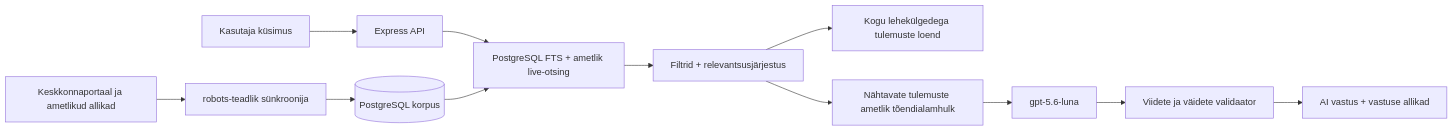
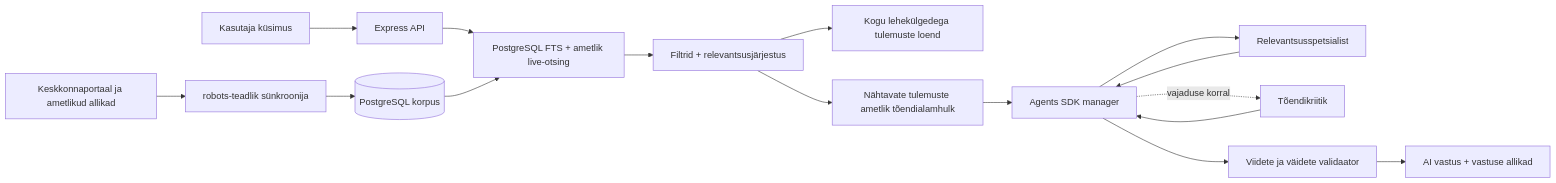
Before and after one commit to AARenor/keskkonnaportaali-praktika: the diagram in docs/ARHITEKTUUR.md, drawn with Mermaid. The commit also changed other lines of this file and 57 other files, not shown here.

````diff
--- a/docs/ARHITEKTUUR.md
+++ b/docs/ARHITEKTUUR.md
@@ -25,14 +25,18 @@
 ```mermaid
 flowchart LR
   P[Keskkonnaportaal ja ametlikud allikad] --> C[robots-teadlik sünkroonija]
   C --> D[(PostgreSQL korpus)]
   U[Kasutaja küsimus] --> A[Express API]
   A --> B[PostgreSQL FTS + ametlik live-otsing]
   D --> B
   B --> E[Filtrid + relevantsusjärjestus]
   E --> O[Kogu lehekülgedega tulemuste loend]
   E --> T[Nähtavate tulemuste ametlik tõendialamhulk]
-  T --> L[gpt-5.6-luna]
-  L --> V[Viidete ja väidete validaator]
+  T --> M[Agents SDK manager]
+  M --> S1[Relevantsusspetsialist]
+  M -. vajaduse korral .-> S2[Tõendikriitik]
+  S1 --> M
+  S2 --> M
+  M --> V[Viidete ja väidete validaator]
   V --> R[AI vastus + vastuse allikad]
 ```
````
